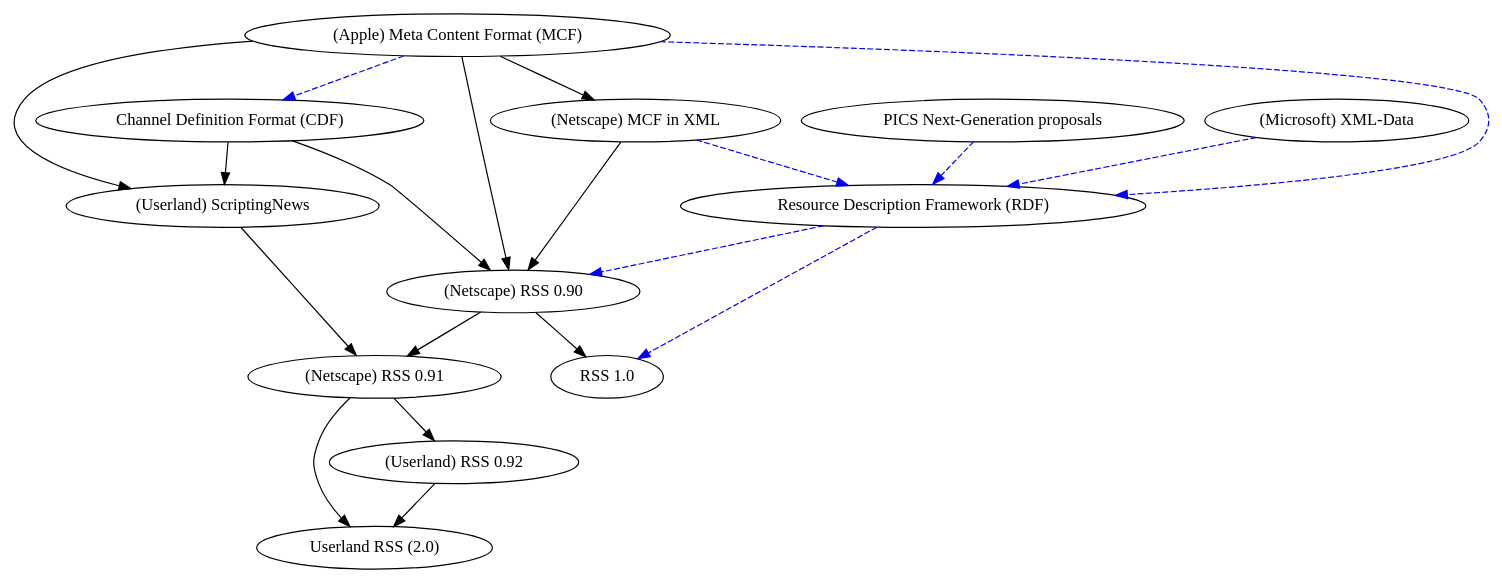
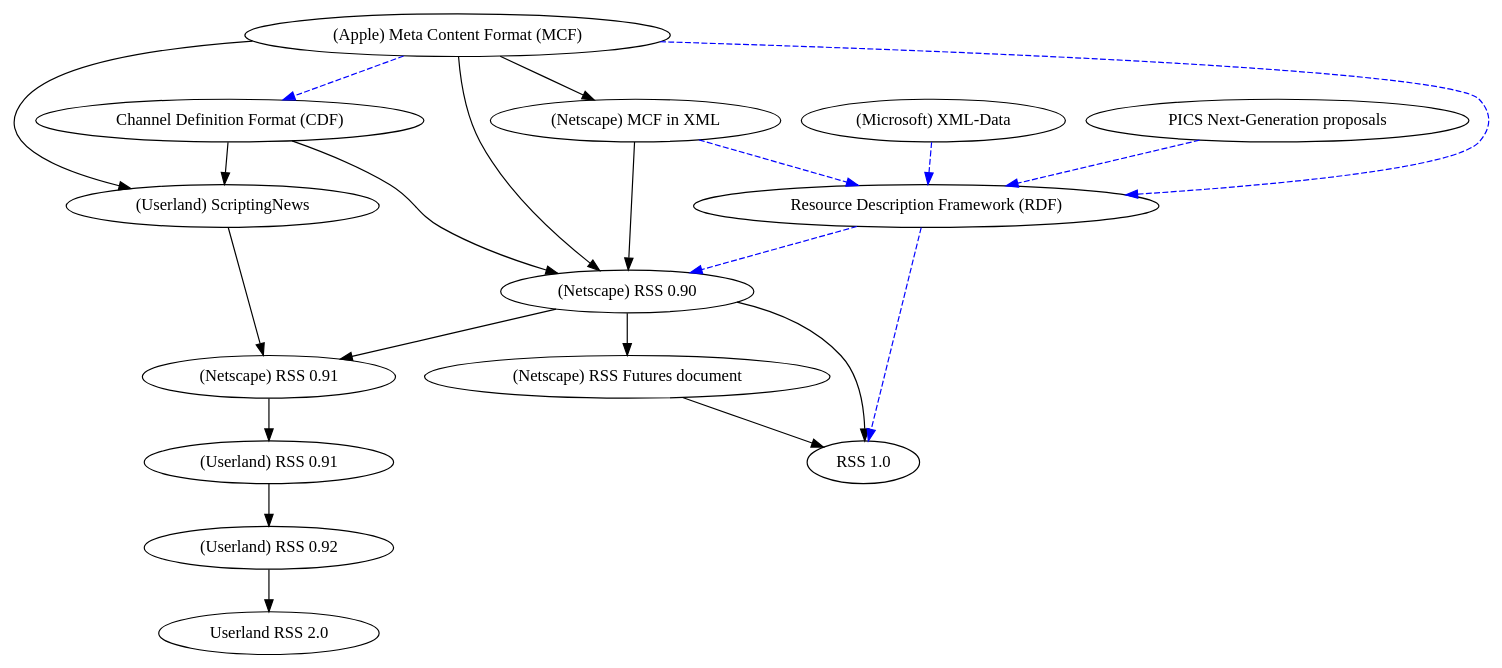
The diagram in rdfweb.org/htdocs/2003/05/rss/rss-family.dot (foaf/foaf), drawn with Graphviz before and after one commit. The commit also changed 1 other file, not shown here.

```diff
--- a/rdfweb.org/htdocs/2003/05/rss/rss-family.dot
+++ b/rdfweb.org/htdocs/2003/05/rss/rss-family.dot
@@ -1,46 +1,65 @@
 /* first draft. blue dotted means draws upon in part; other arrows indicate 
 based upon relationships */
 
 digraph rss  {
-	rss091 -> urss;
+
+
 	nsmcf -> rss090;
+
 	applemcf -> rss090;
+	applemcf -> nsmcf;
+
 	mscdf -> rss090;
+
         rdf -> rss090 [style=dashed, color=blue];
+
 	applemcf -> sn;
 	applemcf -> mscdf [style=dashed, color=blue];
 	applemcf -> rdf [style=dashed, color=blue];
+
 	mscdf -> sn;
+
         nsmcf -> rdf [style=dashed, color=blue];
-	applemcf -> nsmcf;
+	msxmldata -> rdf [style=dashed, color=blue];
+
 	picsng -> rdf [style=dashed, color=blue];
 	rss090 -> rss100;
-	msxmldata -> rdf [style=dashed, color=blue];
+	rss090 -> nsrssfutures;
+	nsrssfutures -> rss100;	
+
 	rss090 -> rss091;
 	sn -> rss091;
-	rss091 -> rss092;
-	rss092 -> urss;
+	rss091 -> urss091;
+	rss092 -> urss200;
+
 	rdf -> rss100 [style=dashed, color=blue];	
-	urss [label="Userland RSS (2.0)"];
+
+# node labels
+
+	nsrssfutures [label="(Netscape) RSS Futures document"];
+	urss200 [label="Userland RSS 2.0"];
+	urss091 [label="(Userland) RSS 0.91"];
+	urss091 -> rss092;
+ 	rss092 [label="(Userland) RSS 0.92"];
 	rss100 [label="RSS 1.0"];
 	rdf [label="Resource Description Framework (RDF)"];
 	mscdf [label="Channel Definition Format (CDF)" ];
 	applemcf [label="(Apple) Meta Content Format (MCF)"];
 	nsmcf [label="(Netscape) MCF in XML"];
 	sn [label="(Userland) ScriptingNews"]; 
 	rss090 [label="(Netscape) RSS 0.90"];
 	rss091 [label="(Netscape) RSS 0.91"];
 	rss092 [label="(Userland) RSS 0.92"];
 	picsng [label="PICS Next-Generation proposals"];
 	msxmldata [label="(Microsoft) XML-Data"];
 	
 	}
 /*
 
  - Userland RSS descends from NetscapeRSS0.91 
  - NetscapeRSS0.90 descends from MCFinXML and AppleMCF and CDF and uses RDF. 
  -NetscapeRSS0.91 descends from RSS0.90 and scriptingNews 
  - scriptingNews descends from AppleMCF and CDF. 
  - CDF descends partly from AppleMCF. 
  - RDF descends partly from AppleMCF and MCFinXML (and various other proposals) - RSS 1.0 descends from NetscapeRSS0.90 and uses RDF. 
  */
```
